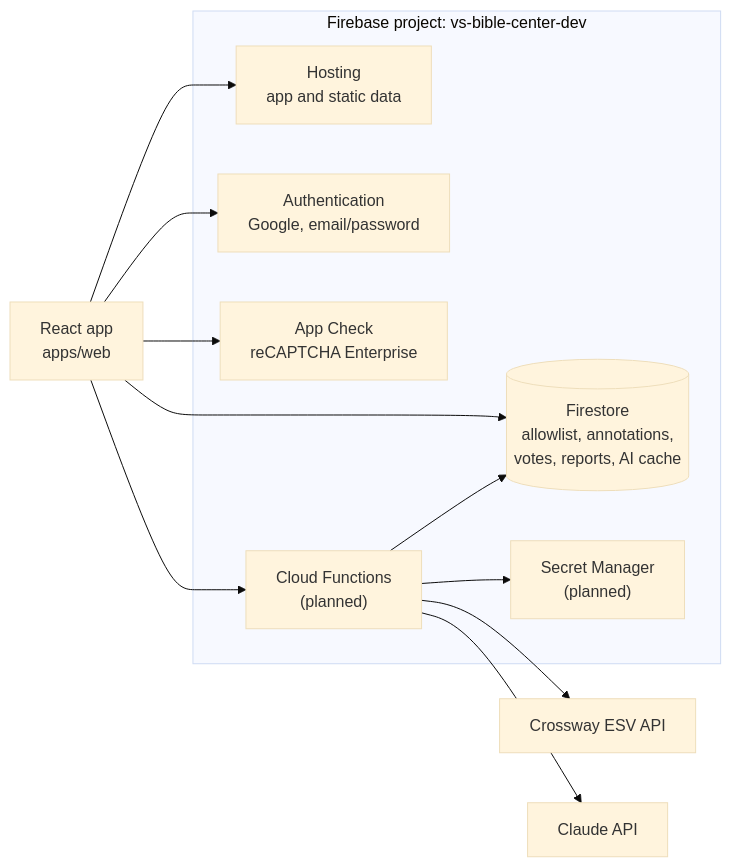
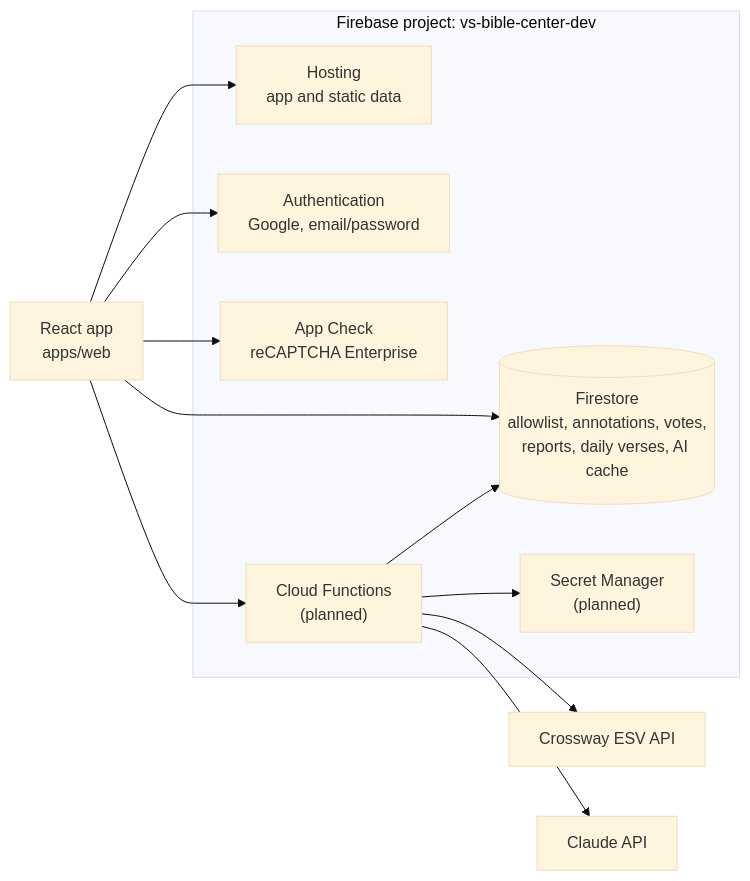
Before and after one commit to Valiance-Studios/bible-center: the first of 19 diagrams in ARCHITECTURE.md, drawn with Mermaid (base theme). The commit also changed other lines of this file and 24 other files, not shown here.

````diff
--- a/ARCHITECTURE.md
+++ b/ARCHITECTURE.md
@@ -147,26 +146,26 @@
 ```mermaid
 flowchart LR
   browser["React app<br/>apps/web"]
 
   subgraph firebase["Firebase project: vs-bible-center-dev"]
     hosting["Hosting<br/>app and static data"]
     auth["Authentication<br/>Google, email/password"]
-    firestore[("Firestore<br/>allowlist, annotations,<br/>votes, reports, AI cache")]
+    firestore[("Firestore<br/>allowlist, annotations, votes,<br/>reports, daily verses, AI cache")]
     appcheck["App Check<br/>reCAPTCHA Enterprise"]
     functions["Cloud Functions<br/>(planned)"]
     secrets["Secret Manager<br/>(planned)"]
   end
 
   esv["Crossway ESV API"]
   claude["Claude API"]
 
   browser --> hosting
   browser --> auth
   browser --> firestore
   browser --> appcheck
   browser --> functions
   functions --> secrets
   functions --> firestore
   functions --> esv
   functions --> claude
 ```
````
